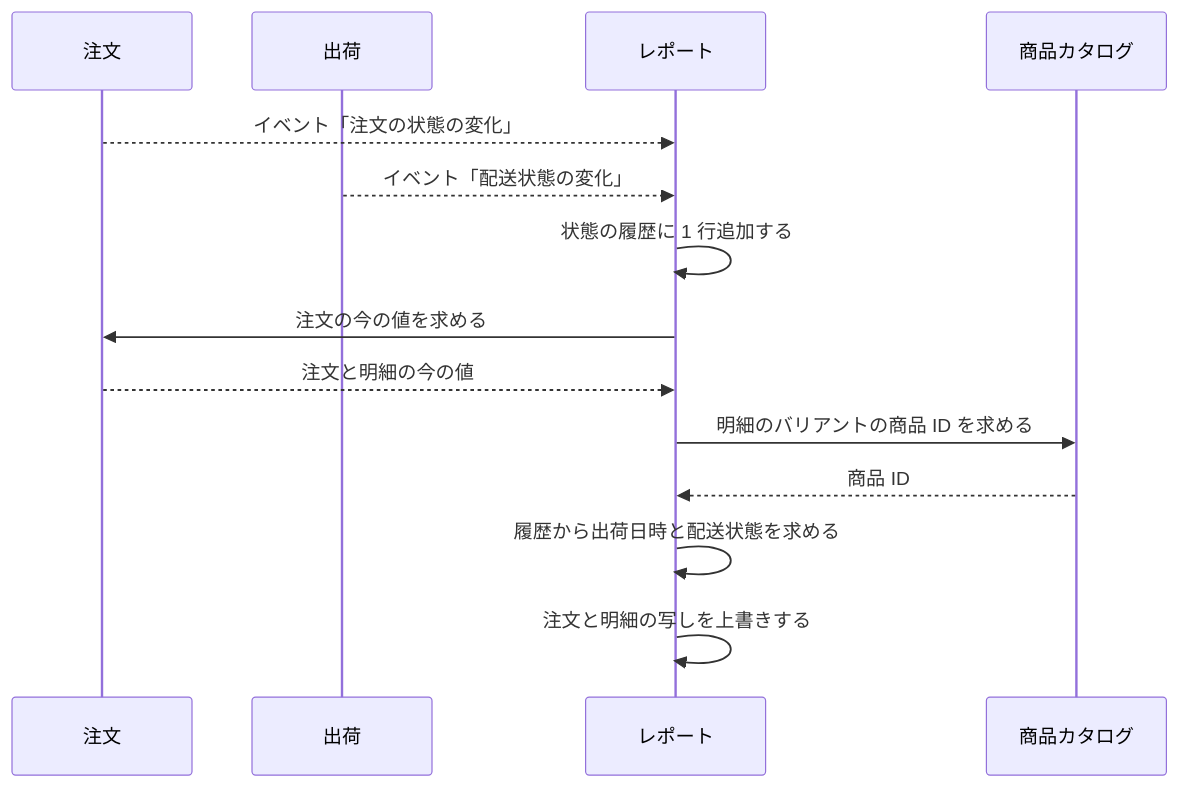
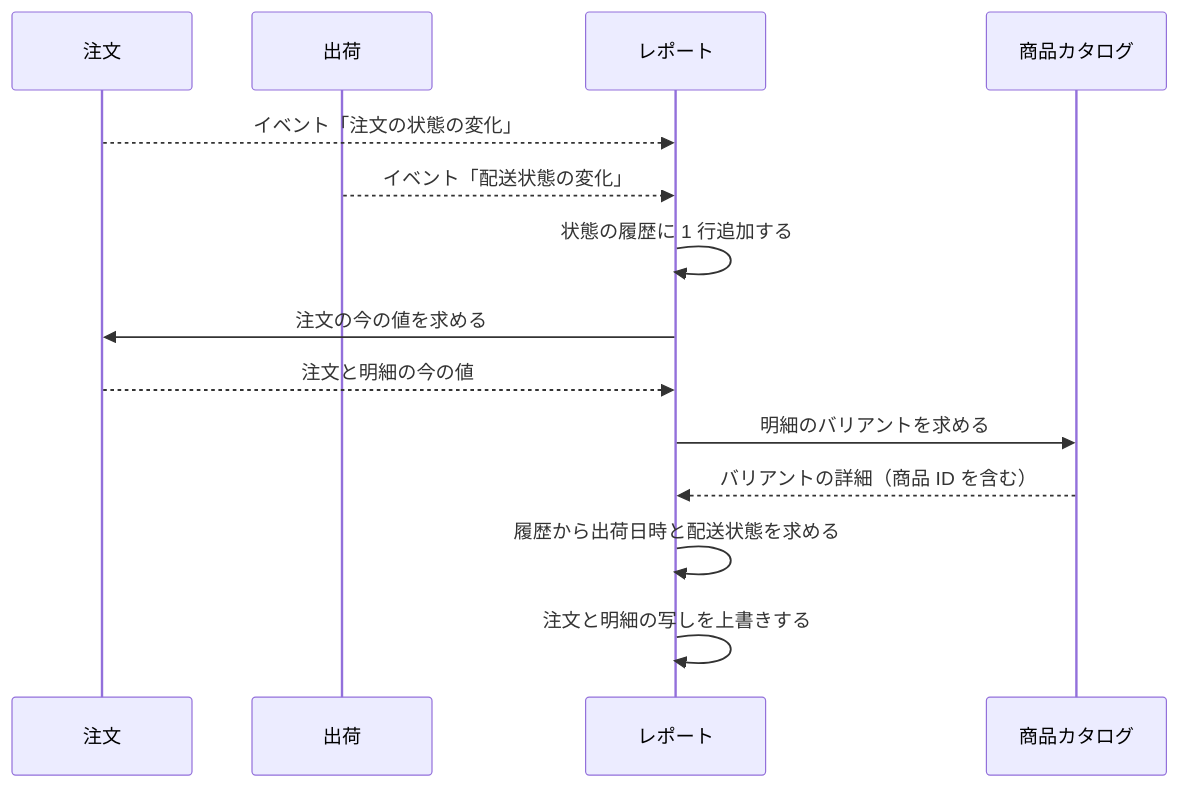
One commit to roger88106/ec-site changed the first of 3 diagrams in docs/02-設計/reporting.md. Above: the diagram before and after it, drawn with Mermaid. The commit also changed 14 other files, not shown here.

````diff
--- a/docs/02-設計/reporting.md
+++ b/docs/02-設計/reporting.md
@@ -25,16 +25,16 @@
 ```mermaid
 sequenceDiagram
     participant O as 注文
     participant S as 出荷
     participant R as レポート
     participant C as 商品カタログ
     O-->>R: イベント「注文の状態の変化」
     S-->>R: イベント「配送状態の変化」
     R->>R: 状態の履歴に 1 行追加する
     R->>O: 注文の今の値を求める
     O-->>R: 注文と明細の今の値
-    R->>C: 明細のバリアントの商品 ID を求める
-    C-->>R: 商品 ID
+    R->>C: 明細のバリアントを求める
+    C-->>R: バリアントの詳細（商品 ID を含む）
     R->>R: 履歴から出荷日時と配送状態を求める
     R->>R: 注文と明細の写しを上書きする
 ```
````
